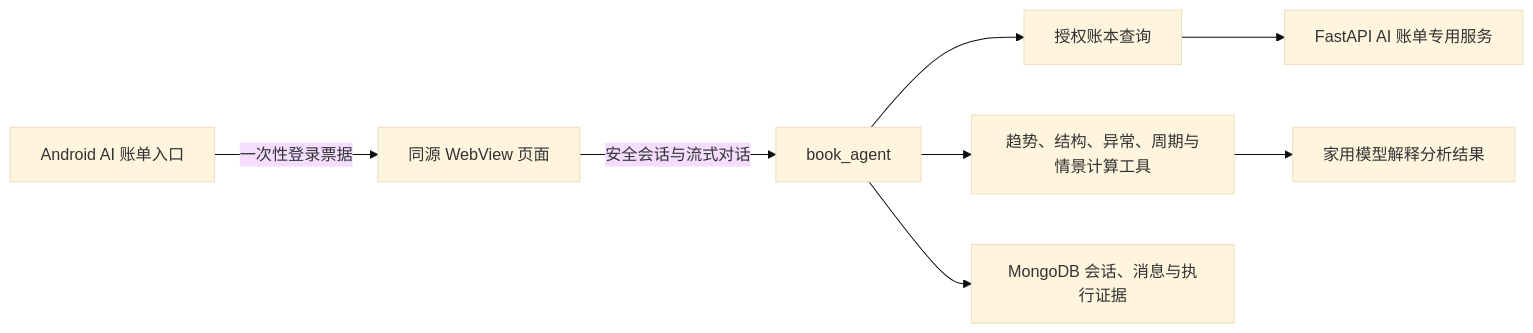
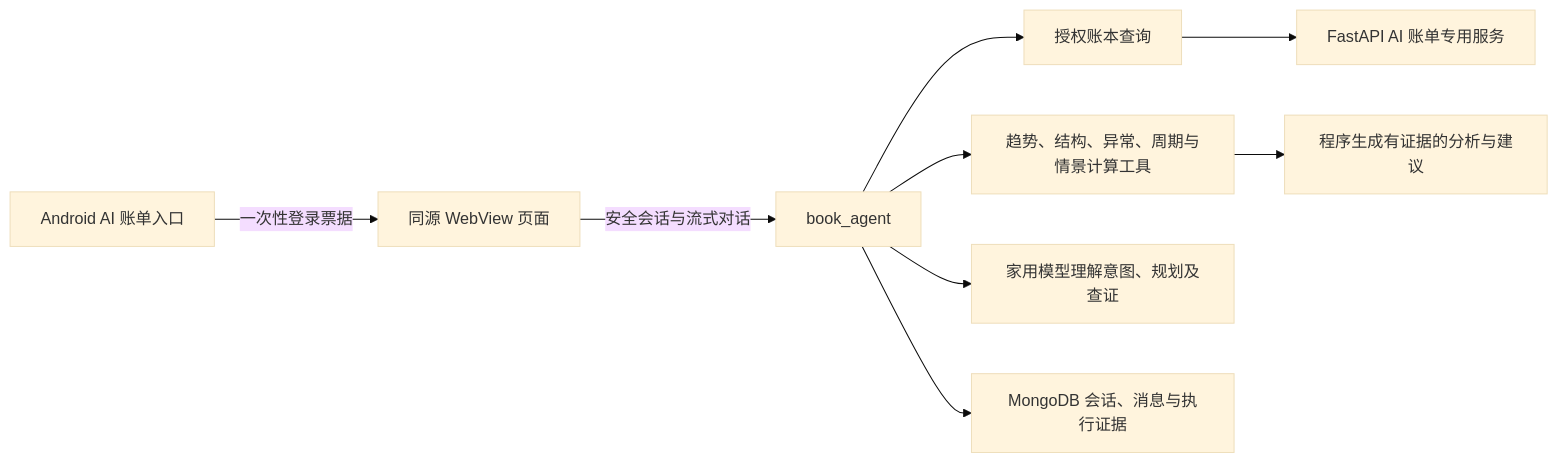
Before and after one commit to FuShengDuoBuYu/AutoBookKeepingBeta: the first of 2 diagrams in Readme.md, drawn with Mermaid (base theme). The commit also changed other lines of this file, not shown here.

````diff
--- a/Readme.md
+++ b/Readme.md
@@ -79,10 +79,11 @@
 ```mermaid
 flowchart LR
     A[Android AI 账单入口] -->|一次性登录票据| B[同源 WebView 页面]
     B -->|安全会话与流式对话| C[book_agent]
     C --> D[授权账本查询]
     D --> E[FastAPI AI 账单专用服务]
     C --> F[趋势、结构、异常、周期与情景计算工具]
-    F --> G[家用模型解释分析结果]
+    F --> G[程序生成有证据的分析与建议]
+    C --> I[家用模型理解意图、规划及查证]
     C --> H[MongoDB 会话、消息与执行证据]
 ```
````
